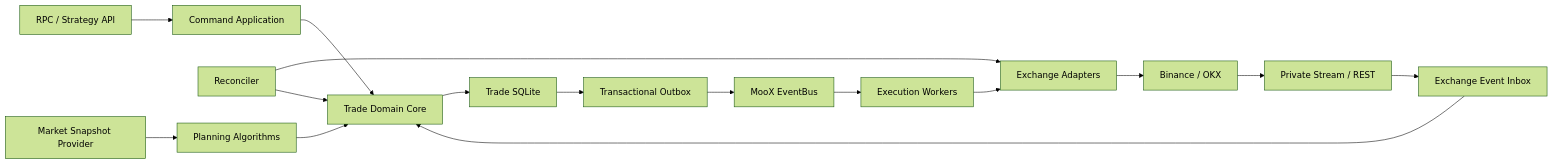
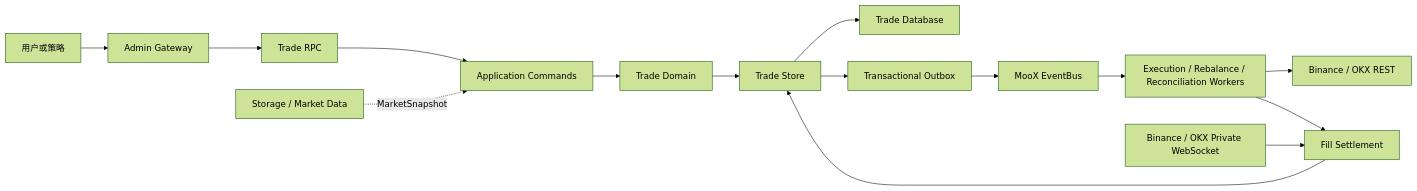
Before and after one commit to mooyang-code/moox: the first of 2 diagrams in docs/交易模块架构设计.md, drawn with Mermaid (forest theme). The commit also changed other lines of this file and 4 other files, not shown here.

Commit message:
docs(trade): summarize features and architecture

````diff
--- a/docs/交易模块架构设计.md
+++ b/docs/交易模块架构设计.md
@@ -87,18 +11,17 @@
 ```mermaid
 flowchart LR
-  API["RPC / Strategy API"] --> CMD["Command Application"]
-  CMD --> CORE["Trade Domain Core"]
-  CORE --> DB["Trade SQLite"]
-  DB --> OUTBOX["Transactional Outbox"]
+  U["用户或策略"] --> GW["Admin Gateway"]
+  GW --> RPC["Trade RPC"]
+  RPC --> APP["Application Commands"]
+  APP --> DOMAIN["Trade Domain"]
+  DOMAIN --> STORE["Trade Store"]
+  STORE --> DB["Trade Database"]
+  STORE --> OUTBOX["Transactional Outbox"]
   OUTBOX --> BUS["MooX EventBus"]
-  BUS --> WORKER["Execution Workers"]
-  WORKER --> ADAPTER["Exchange Adapters"]
-  ADAPTER --> EX["Binance / OKX"]
-  EX --> STREAM["Private Stream / REST"]
-  STREAM --> INBOX["Exchange Event Inbox"]
-  INBOX --> CORE
-  RECON["Reconciler"] --> ADAPTER
-  RECON --> CORE
-  MARKET["Market Snapshot Provider"] --> PLAN["Planning Algorithms"]
-  PLAN --> CORE
+  BUS --> WORKERS["Execution / Rebalance / Reconciliation Workers"]
+  WORKERS --> EX["Binance / OKX REST"]
+  EXWS["Binance / OKX Private WebSocket"] --> SETTLE["Fill Settlement"]
+  WORKERS --> SETTLE
+  SETTLE --> STORE
+  STORAGE["Storage / Market Data"] -. "MarketSnapshot" .-> APP
 ```
````
